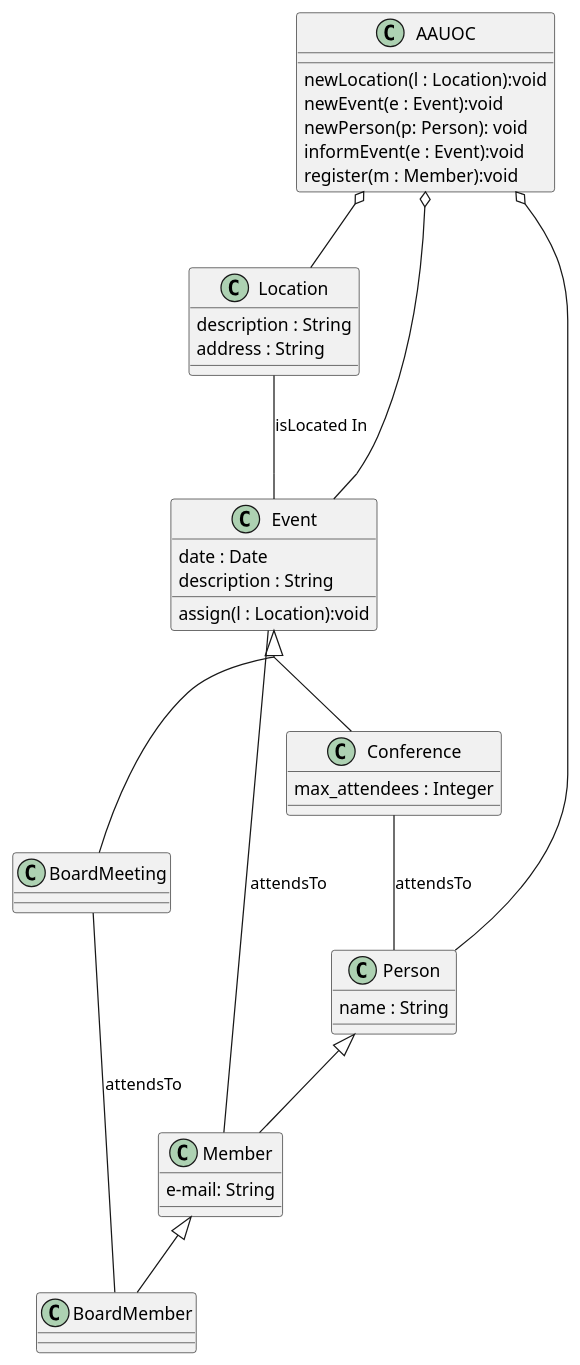
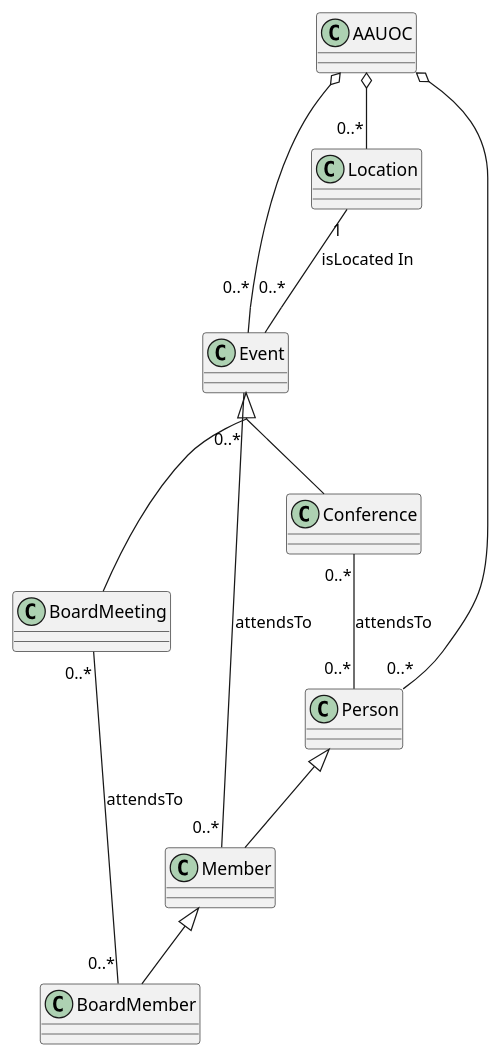
Before and after one commit to tatianagarijo/UMlClasesTatianaGarijo: the diagram in src/Prueba.puml, drawn with PlantUML. The commit also changed other lines of this file and 3 other files, not shown here.

```diff
--- a/src/Prueba.puml
+++ b/src/Prueba.puml
@@ -1,57 +1,50 @@
 @startuml
     class Event{
-        date : Date
-        description : String
-        assign(l : Location):void
+    }
+    class Conference{
+    }
+    class BoardMeeting{
+    }
+    class Location{
+    }
+    class AAUOC{
     }
 
+    class Event{
+    }
     class Conference{
-        max_attendees : Integer
     }
-
     class BoardMeeting{
     }
 
     class Person{
-        name : String
     }
-
     class Member{
-        e-mail: String
     }
-
     class BoardMember{
     }
 
-    class Location{
-        description : String
-        address : String
-    }
-
-    class AAUOC{
-        newLocation(l : Location):void
-        newEvent(e : Event):void
-        newPerson(p: Person): void
-        informEvent(e : Event):void
-        register(m : Member):void
-    }
-
-
-    AAUOC o-- Location
-    AAUOC o-- Event
-    AAUOC o-- Person
-
-    Location -- Event : isLocated In
-
-    Event-- Member: attendsTo
+    Member <|-- BoardMember
+    Person <|-- Member
 
     skinparam groupInheritance 2
         Event <|-- Conference
         Event <|-- BoardMeeting
 
-    Member <|-- BoardMember
-    Person <|-- Member
-    BoardMeeting -- BoardMember : attendsTo
-    Conference --Person : attendsTo
+
+    AAUOC o-- "0..*" Location
+    AAUOC o-- "0..*" Event
+    AAUOC o-- "0..*" Person
+
+    Location "1" -- "0..*" Event: isLocated In
+
+    Event "0..*" -- "0..*" Member: attendsTo
+
+
+    BoardMeeting "0..*" -- "0..*" BoardMember: attendsTo
+    Conference "0..*" -- "0..*" Person : attendsTo
+
+
+
 
 @enduml
```
